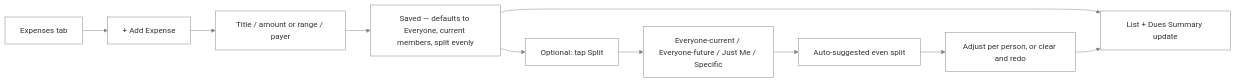
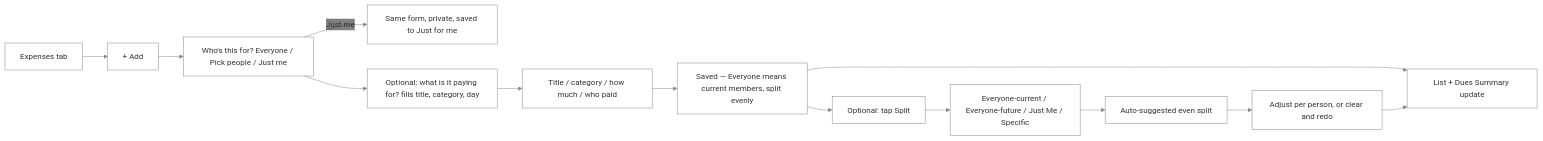
Before and after one commit to NovaMoonX/moondreams-dev-apps: diagram 20 of 23 in src/apps/waypoint/UX.md, drawn with Mermaid. The commit also changed other lines of this file and 16 other files, not shown here.

````diff
--- a/src/apps/waypoint/UX.md
+++ b/src/apps/waypoint/UX.md
@@ -416,10 +416,12 @@
 ```mermaid
 %%{init: {'theme': 'base', 'themeVariables': {'primaryColor': 'transparent', 'clusterBkg': 'transparent', 'primaryBorderColor': '#888888', 'clusterBorder': '#888888', 'lineColor': '#888888', 'primaryTextColor': '#333333'}}}%%
 flowchart LR
-    A[Expenses tab] --> B[+ Add Expense] --> C[Title / amount or range / payer]
-    C --> D[Saved — defaults to Everyone, current members, split evenly]
+    A[Expenses tab] --> B[+ Add] --> W[Who's this for? Everyone / Pick people / Just me]
+    W -->|Just me| P[Same form, private, saved to Just for me]
+    W --> L[Optional: what is it paying for? fills title, category, day] --> C[Title / category / how much / who paid]
+    C --> D[Saved — Everyone means current members, split evenly]
     D --> E[Optional: tap Split] --> F[Everyone-current / Everyone-future / Just Me / Specific]
     F --> G[Auto-suggested even split] --> H[Adjust per person, or clear and redo]
     D --> I[List + Dues Summary update]
     H --> I
 ```
````
